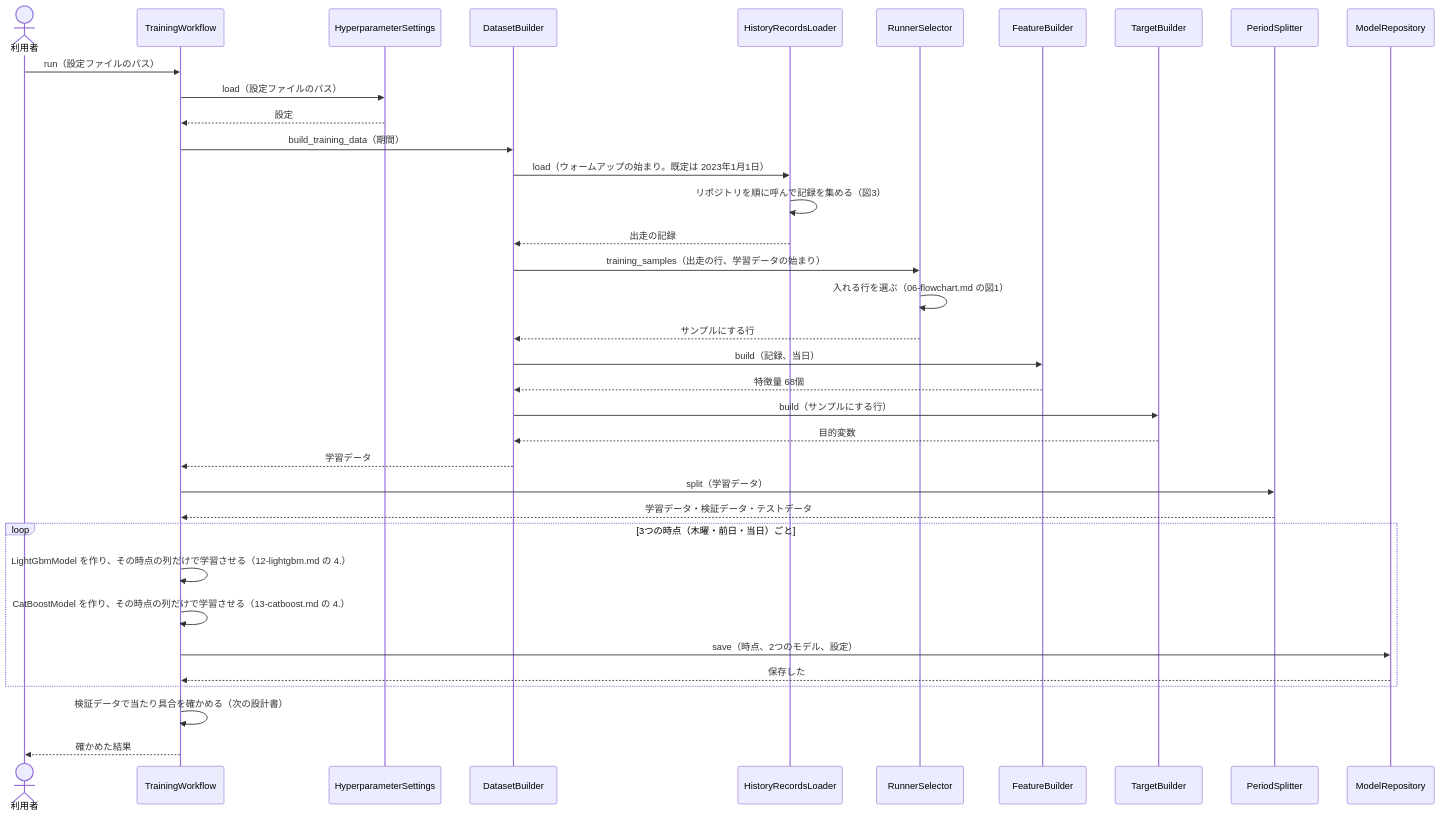
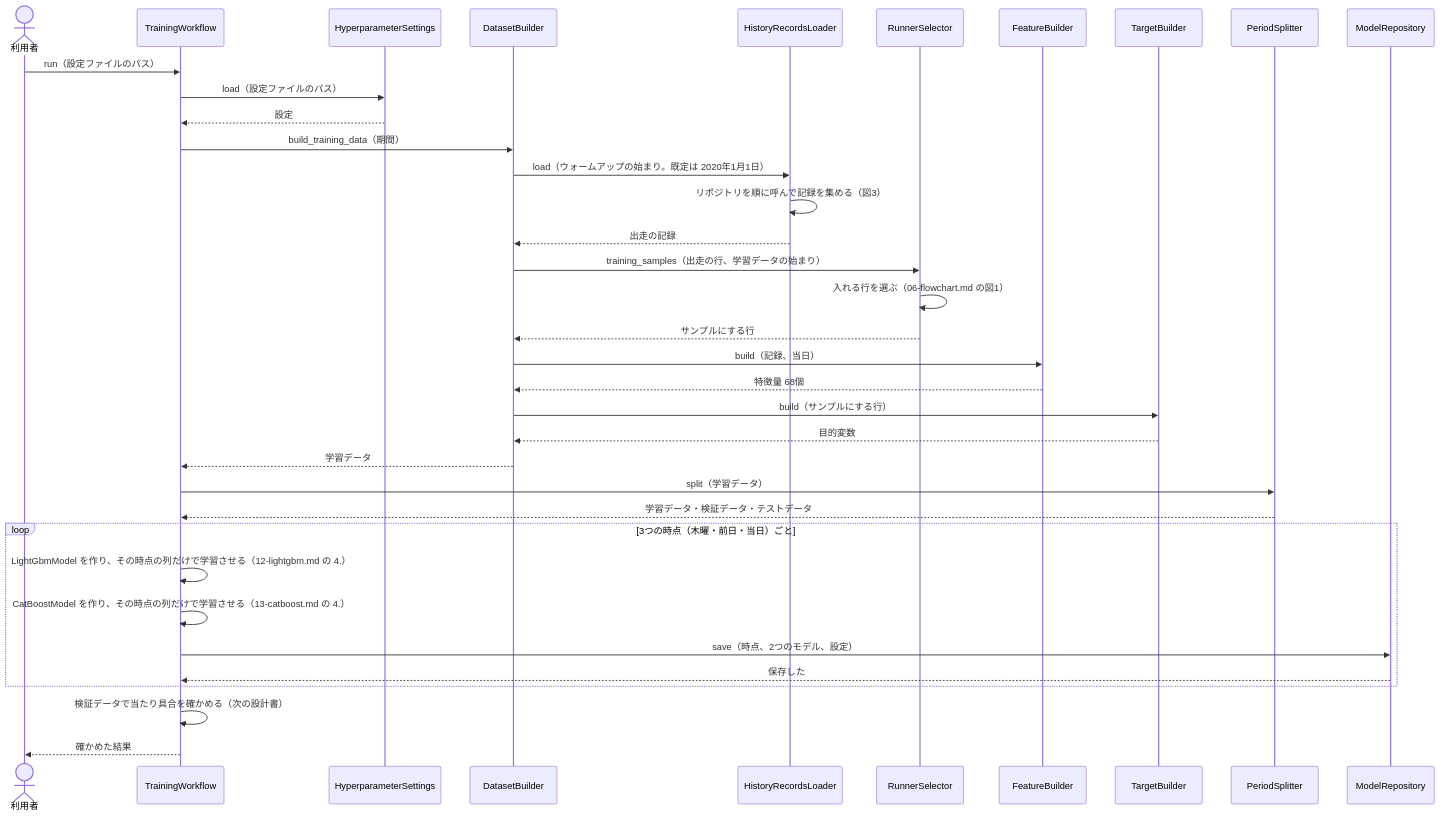
One commit to ht-0328/keiba-yosou changed the first of 4 diagrams in docs/design/近走と適性から3着以内を予想/05-sequence.md. Above: the diagram before and after it, drawn with Mermaid. The commit also changed other lines of this file and 9 other files, not shown here.

````diff
--- a/docs/design/近走と適性から3着以内を予想/05-sequence.md
+++ b/docs/design/近走と適性から3着以内を予想/05-sequence.md
@@ -40,38 +40,38 @@
 ```mermaid
 sequenceDiagram
     actor U as 利用者
     participant W as TrainingWorkflow
     participant H as HyperparameterSettings
     participant D as DatasetBuilder
     participant L as HistoryRecordsLoader
     participant RS as RunnerSelector
     participant F as FeatureBuilder
     participant T as TargetBuilder
     participant S as PeriodSplitter
     participant MR as ModelRepository
     U->>W: run（設定ファイルのパス）
     W->>H: load（設定ファイルのパス）
     H-->>W: 設定
     W->>D: build_training_data（期間）
-    D->>L: load（ウォームアップの始まり。既定は 2023年1月1日）
+    D->>L: load（ウォームアップの始まり。既定は 2020年1月1日）
     L->>L: リポジトリを順に呼んで記録を集める（図3）
     L-->>D: 出走の記録
     D->>RS: training_samples（出走の行、学習データの始まり）
     RS->>RS: 入れる行を選ぶ（06-flowchart.md の図1）
     RS-->>D: サンプルにする行
     D->>F: build（記録、当日）
     F-->>D: 特徴量 68個
     D->>T: build（サンプルにする行）
     T-->>D: 目的変数
     D-->>W: 学習データ
     W->>S: split（学習データ）
     S-->>W: 学習データ・検証データ・テストデータ
     loop 3つの時点（木曜・前日・当日）ごと
         W->>W: LightGbmModel を作り、その時点の列だけで学習させる（12-lightgbm.md の 4.）
         W->>W: CatBoostModel を作り、その時点の列だけで学習させる（13-catboost.md の 4.）
         W->>MR: save（時点、2つのモデル、設定）
         MR-->>W: 保存した
     end
     W->>W: 検証データで当たり具合を確かめる（次の設計書）
     W-->>U: 確かめた結果
 ```
````
